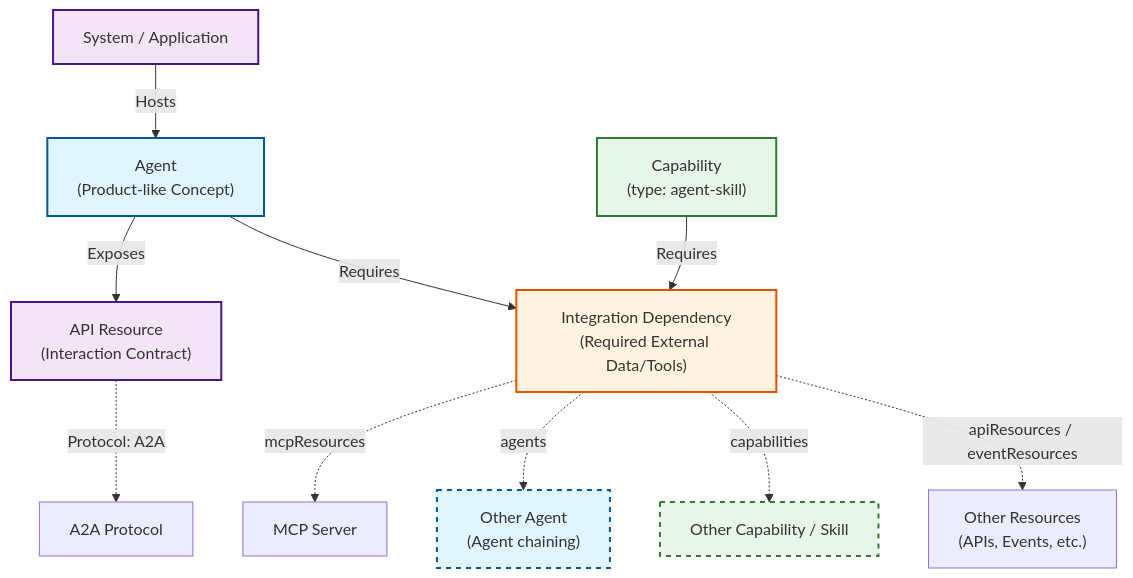
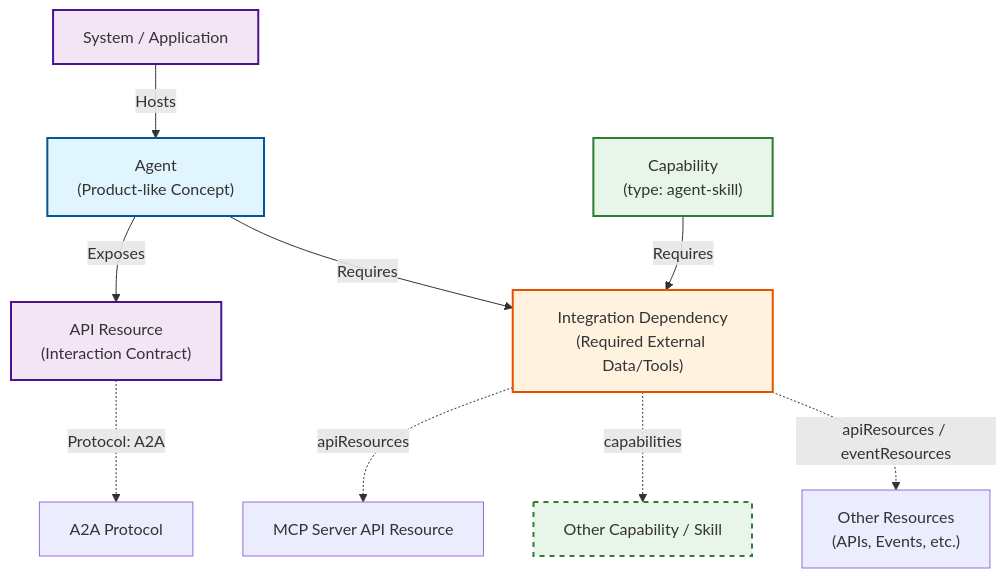
The diagram in docs/spec-v1/concepts/ai-agents-and-protocols.md (open-resource-discovery/specification), drawn with Mermaid before and after one commit. The commit also changed other lines of this file and 1 other file, not shown here.

Commit message:
docs: align skill dependencies with the schema

````diff
--- a/docs/spec-v1/concepts/ai-agents-and-protocols.md
+++ b/docs/spec-v1/concepts/ai-agents-and-protocols.md
@@ -106,26 +106,24 @@
 ```mermaid
 graph TD
     classDef concept fill:#e1f5fe,stroke:#01579b,stroke-width:2px,color:#333;
     classDef tech fill:#f3e5f5,stroke:#4a148c,stroke-width:2px,color:#333;
     classDef dep fill:#fff3e0,stroke:#e65100,stroke-width:2px,color:#333;
     classDef skill fill:#e8f5e9,stroke:#2e7d32,stroke-width:2px,color:#333;
-    classDef agent2 fill:#e1f5fe,stroke:#01579b,stroke-width:2px,stroke-dasharray:5 5,color:#333;
     classDef skill2 fill:#e8f5e9,stroke:#2e7d32,stroke-width:2px,stroke-dasharray:5 5,color:#333;
 
     Agent["Agent<br/>(Product-like Concept)"]:::concept
     System["System / Application"]:::tech
     API["API Resource<br/>(Interaction Contract)"]:::tech
     Skill["Capability<br/>(type: agent-skill)"]:::skill
     Dep["Integration Dependency<br/>(Required External Data/Tools)"]:::dep
 
     System -- Hosts --> Agent
     Agent -- Exposes --> API
     Agent -- Requires --> Dep
     Skill -- Requires --> Dep
 
     API -.->|Protocol: A2A| A2A[A2A Protocol]
-    Dep -.->|mcpResources| MCP["MCP Server"]
-    Dep -.->|agents| OtherAgent["Other Agent<br/>(Agent chaining)"]:::agent2
+    Dep -.->|apiResources| MCP["MCP Server API Resource"]
     Dep -.->|capabilities| OtherSkill["Other Capability / Skill"]:::skill2
     Dep -.->|apiResources / eventResources| Other["Other Resources<br/>(APIs, Events, etc.)"]
 ```
````
